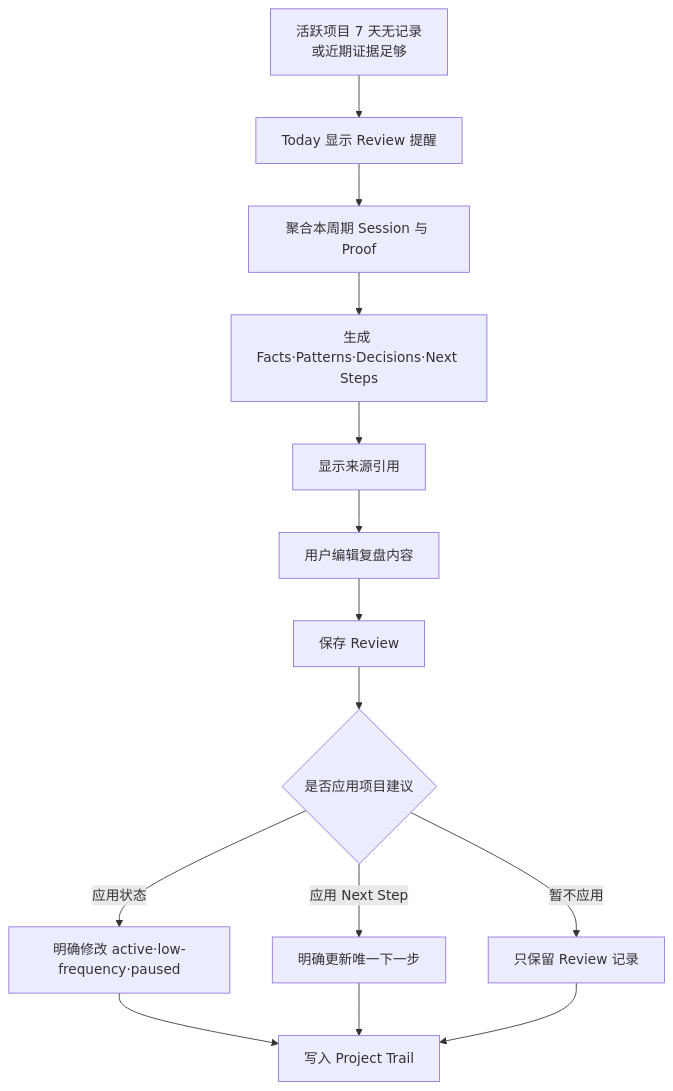
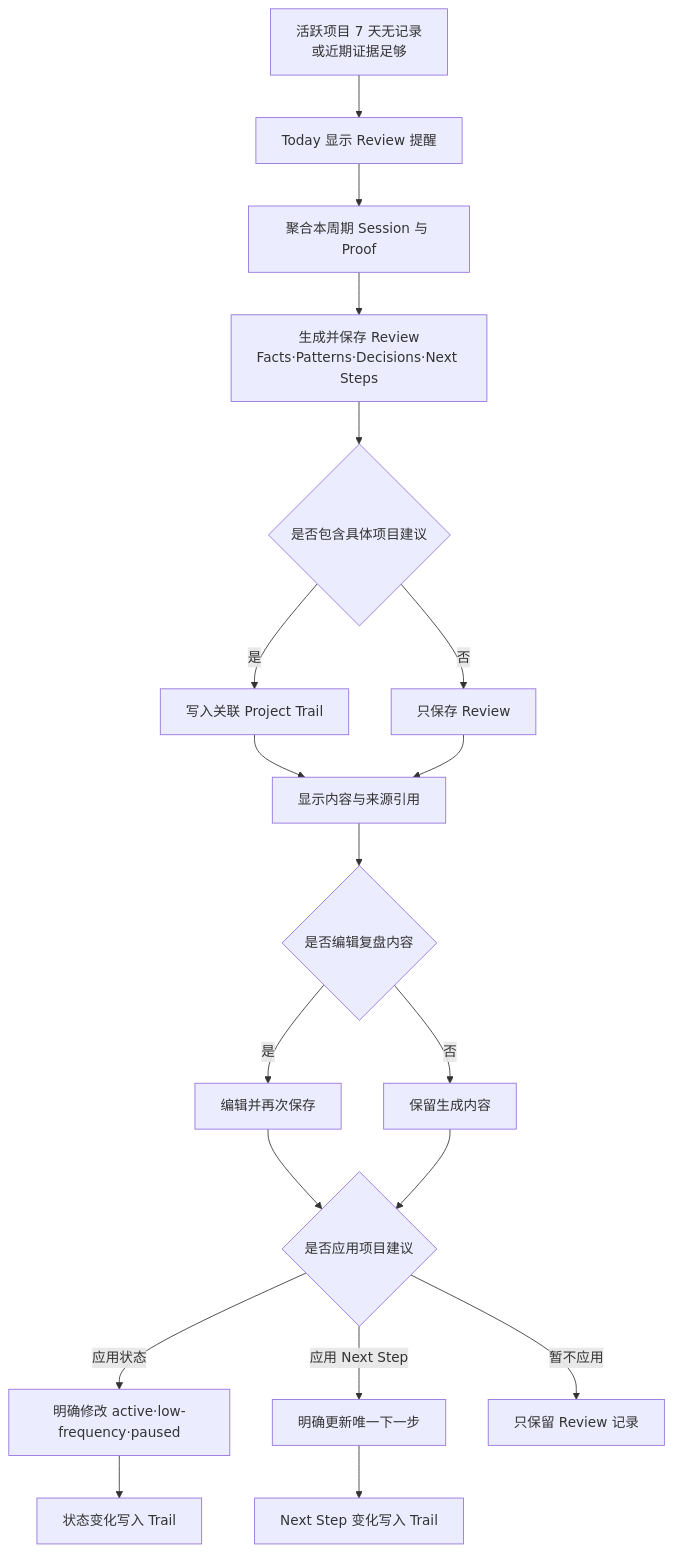
Before and after one commit to Panhe-C/self-study-studio: the eighth of 10 diagrams in docs/superpowers/plans/2026-07-12-product-function-diagrams.md, drawn with Mermaid. The commit also changed other lines of this file and 8 other files, not shown here.

Commit message:
docs: harden diagram accuracy and rendering

````diff
--- a/docs/superpowers/plans/2026-07-12-product-function-diagrams.md
+++ b/docs/superpowers/plans/2026-07-12-product-function-diagrams.md
@@ -292,16 +295,21 @@
 ```mermaid
 flowchart TD
   A[活跃项目 7 天无记录\n或近期证据足够] --> B[Today 显示 Review 提醒]
   B --> C[聚合本周期 Session 与 Proof]
-  C --> D[生成 Facts·Patterns·Decisions·Next Steps]
-  D --> E[显示来源引用]
-  E --> F[用户编辑复盘内容]
-  F --> G[保存 Review]
-  G --> H{是否应用项目建议}
-  H -->|应用状态| I[明确修改 active·low-frequency·paused]
-  H -->|应用 Next Step| J[明确更新唯一下一步]
-  H -->|暂不应用| K[只保留 Review 记录]
-  I --> L[写入 Project Trail]
-  J --> L
+  C --> D[生成并保存 Review\nFacts·Patterns·Decisions·Next Steps]
+  D --> E{是否包含具体项目建议}
+  E -->|是| F[写入关联 Project Trail]
+  E -->|否| G[只保存 Review]
+  F --> H[显示内容与来源引用]
+  G --> H
+  H --> I{是否编辑复盘内容}
+  I -->|是| J[编辑并再次保存]
+  I -->|否| K[保留生成内容]
+  J --> L{是否应用项目建议}
   K --> L
+  L -->|应用状态| M[明确修改 active·low-frequency·paused]
+  L -->|应用 Next Step| N[明确更新唯一下一步]
+  L -->|暂不应用| O[只保留 Review 记录]
+  M --> P[状态变化写入 Trail]
+  N --> Q[Next Step 变化写入 Trail]
 ```
````
